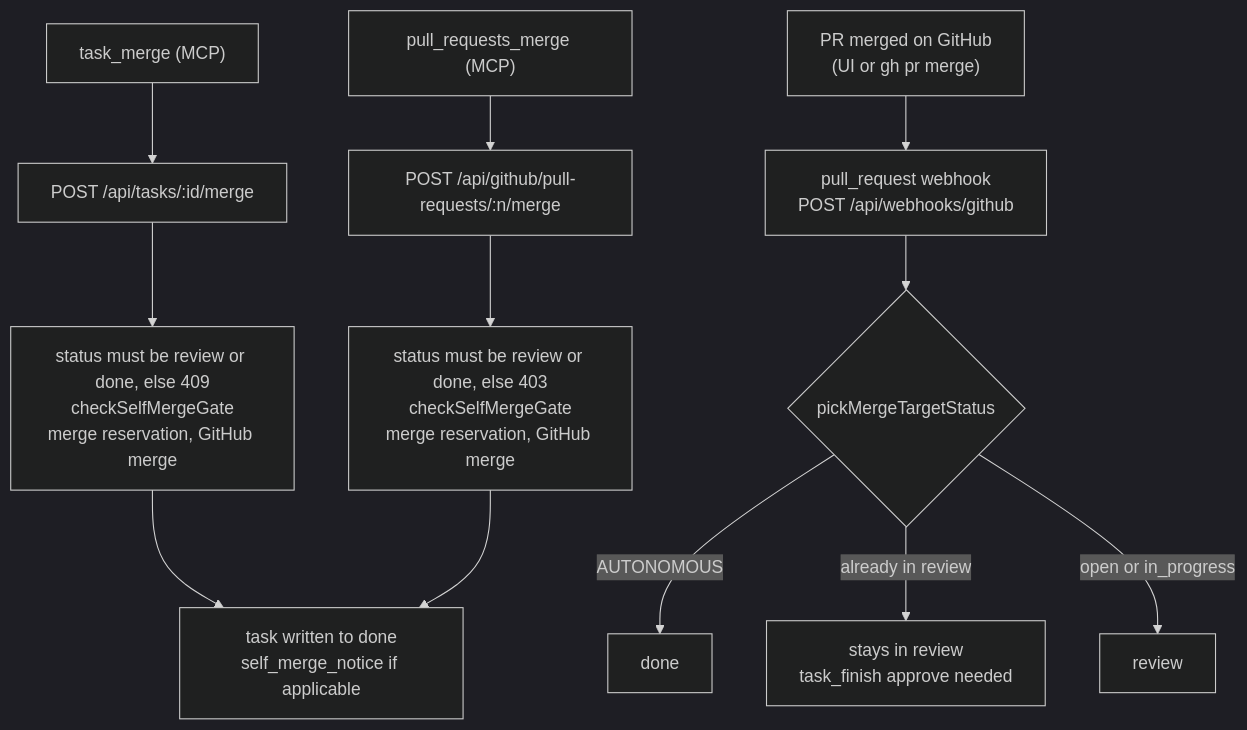
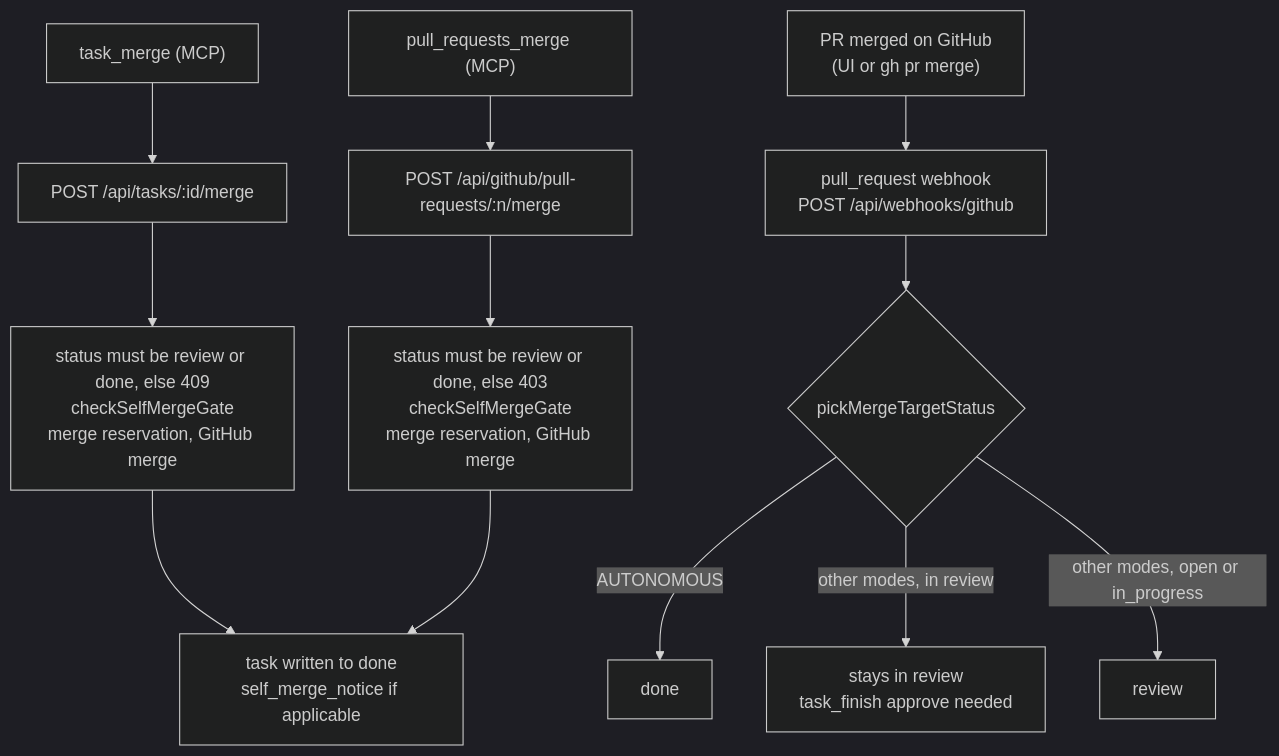
Before and after one commit to LanNguyenSi/agent-tasks: the diagram in docs/v2-api.md, drawn with Mermaid (dark theme). The commit also changed 20 other files, not shown here.

````diff
--- a/docs/v2-api.md
+++ b/docs/v2-api.md
@@ -139,14 +139,14 @@
 ```mermaid
 flowchart TD
   TM["task_merge (MCP)"] --> RT["POST /api/tasks/:id/merge"]
   PM["pull_requests_merge (MCP)"] --> RG["POST /api/github/pull-requests/:n/merge"]
   RT --> G1["status must be review or done, else 409<br/>checkSelfMergeGate<br/>merge reservation, GitHub merge"]
   RG --> G2["status must be review or done, else 403<br/>checkSelfMergeGate<br/>merge reservation, GitHub merge"]
   G1 --> D1["task written to done<br/>self_merge_notice if applicable"]
   G2 --> D1
   GH["PR merged on GitHub<br/>(UI or gh pr merge)"] --> WH["pull_request webhook<br/>POST /api/webhooks/github"]
   WH --> PK{"pickMergeTargetStatus"}
   PK -- "AUTONOMOUS" --> D2["done"]
-  PK -- "already in review" --> S1["stays in review<br/>task_finish approve needed"]
-  PK -- "open or in_progress" --> S2["review"]
+  PK -- "other modes, in review" --> S1["stays in review<br/>task_finish approve needed"]
+  PK -- "other modes, open or in_progress" --> S2["review"]
 ```
````
